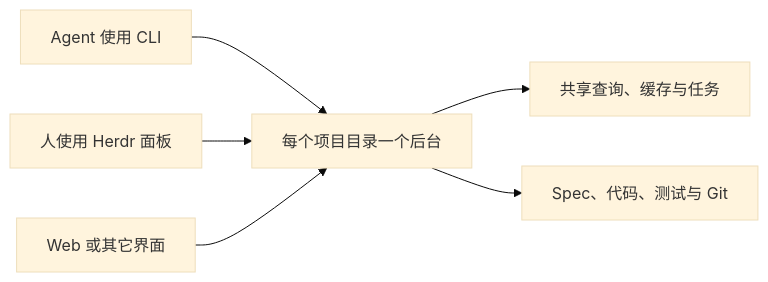
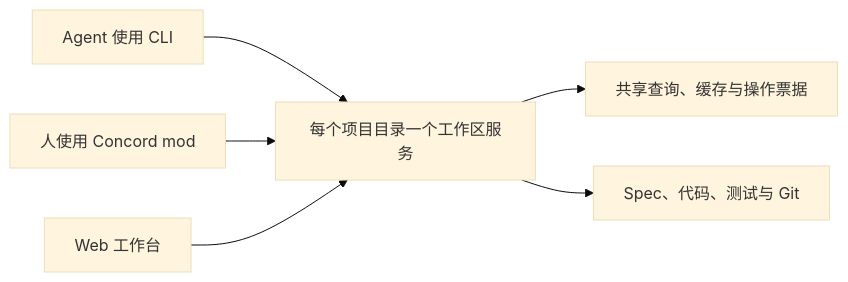
The diagram in docs/roadmap/shared-project-service/README.md (CorrectRoadH/Concord), drawn with Mermaid (base theme) before and after one commit. The commit also changed other lines of this file and 7 other files, not shown here.

Commit message:
docs: deduplicate shared-project-service roadmap and workspace-server terms

````diff
--- a/docs/roadmap/shared-project-service/README.md
+++ b/docs/roadmap/shared-project-service/README.md
@@ -7,8 +7,8 @@
 ```mermaid
 flowchart LR
-  Agent[Agent 使用 CLI] --> Backend[每个项目目录一个后台]
-  Human[人使用 Herdr 面板] --> Backend
-  Browser[Web 或其它界面] --> Backend
-  Backend --> State[共享查询、缓存与任务]
-  Backend --> Files[Spec、代码、测试与 Git]
+  Agent[Agent 使用 CLI] --> Server[每个项目目录一个工作区服务]
+  Human[人使用 Concord mod] --> Server
+  Browser[Web 工作台] --> Server
+  Server --> State[共享查询、缓存与操作票据]
+  Server --> Files[Spec、代码、测试与 Git]
 ```
````
